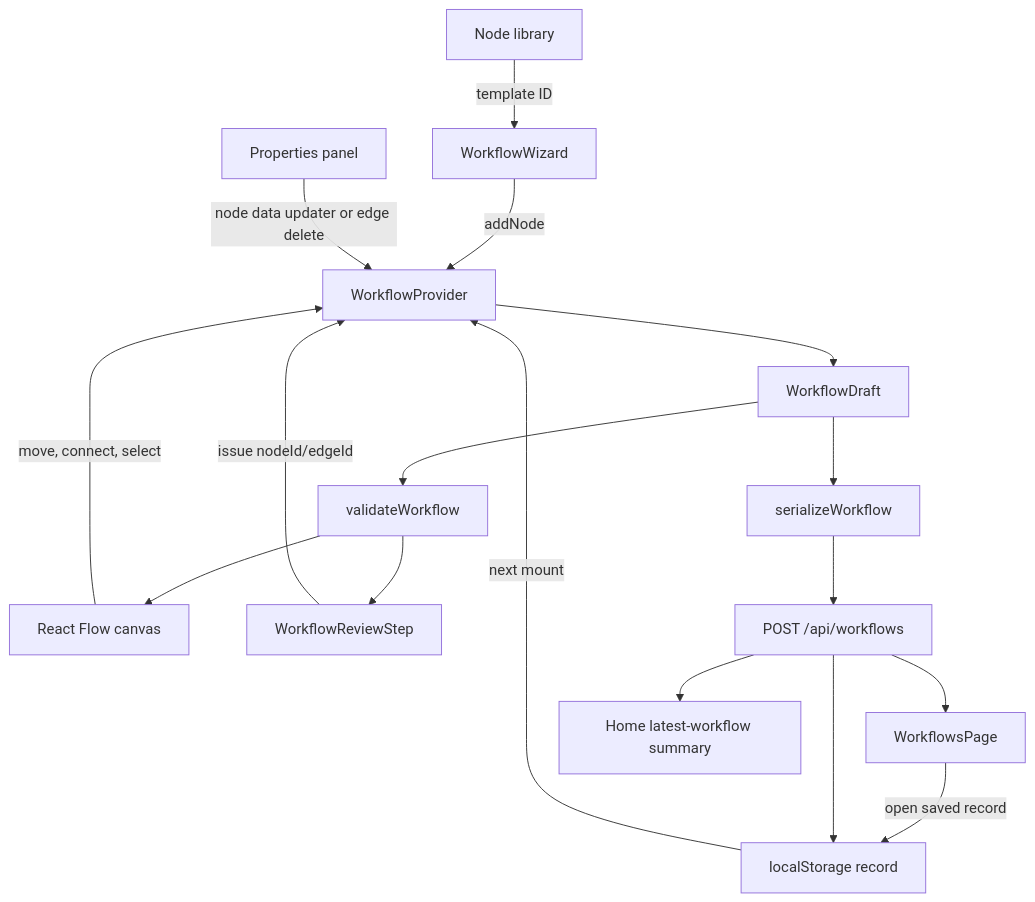
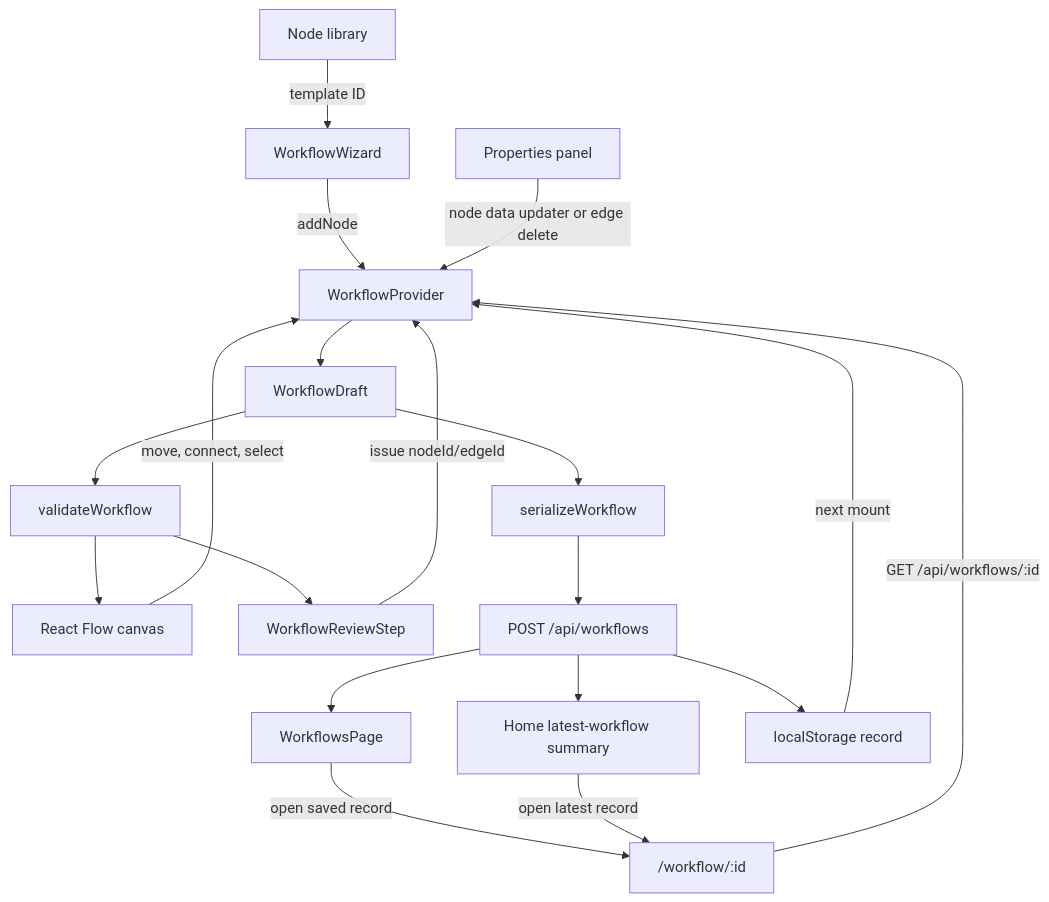
One commit to alezemelo/Baited changed the diagram in docs/03-frontend-state-and-data-flow.md. Above: the diagram before and after it, drawn with Mermaid. The commit also changed other lines of this file and 13 other files, not shown here.

Commit message:
feat: implement workflow opening by ID with direct linking and API integration

````diff
--- a/docs/03-frontend-state-and-data-flow.md
+++ b/docs/03-frontend-state-and-data-flow.md
@@ -26,19 +26,21 @@
 ```mermaid
 flowchart TD
   Library["Node library"] -->|template ID| Wizard["WorkflowWizard"]
   Wizard -->|addNode| Provider["WorkflowProvider"]
   Canvas["React Flow canvas"] -->|move, connect, select| Provider
   Inspector["Properties panel"] -->|node data updater or edge delete| Provider
   Provider --> Draft["WorkflowDraft"]
   Draft --> Validator["validateWorkflow"]
   Validator --> Canvas
   Validator --> Review["WorkflowReviewStep"]
   Review -->|issue nodeId/edgeId| Provider
   Draft --> Serializer["serializeWorkflow"]
   Serializer --> API["POST /api/workflows"]
   API --> Archive["WorkflowsPage"]
   API --> Home["Home latest-workflow summary"]
-  Archive -->|open saved record| Local
+  Archive -->|open saved record| IdRoute["/workflow/:id"]
+  Home -->|open latest record| IdRoute
+  IdRoute -->|GET /api/workflows/:id| Provider
   API --> Local["localStorage record"]
   Local -->|next mount| Provider
 ```
````
